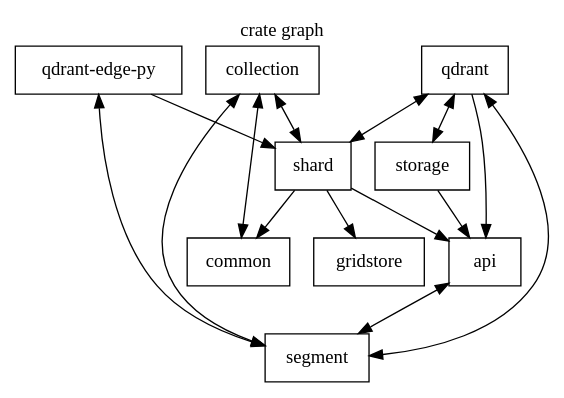
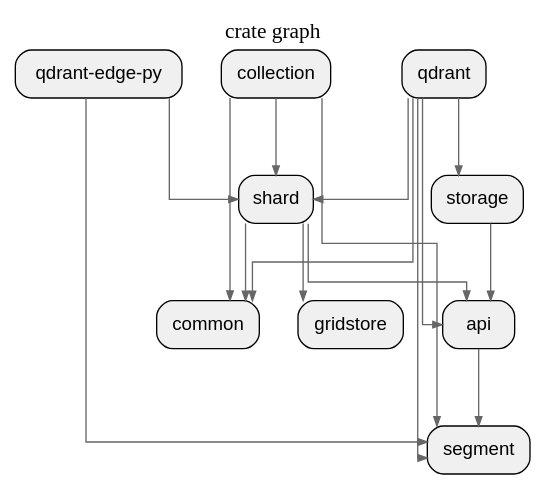
Before and after one commit to allenanswerzq/llmcc: the diagram in sample/qdrant/depth_1_crate.dot, drawn with Graphviz. The commit also changed 249 other files, not shown here.

```diff
--- a/sample/qdrant/depth_1_crate.dot
+++ b/sample/qdrant/depth_1_crate.dot
@@ -1,31 +1,42 @@
 digraph architecture {
-  node [shape=box];
+  // Layout settings
+  rankdir=TB;
+  ranksep=0.8;
+  nodesep=0.4;
+  splines=ortho;
+  concentrate=true;
+
+  node [shape=box, style="rounded,filled", fillcolor="#f0f0f0", fontname="Helvetica"];
+  edge [color="#666666", arrowsize=0.7];
 
   label="crate graph";
   labelloc=t;
+  fontsize=16;
+  fontname="Helvetica Bold";
 
   crate_api[label="api"];
   crate_collection[label="collection"];
   crate_common[label="common"];
   crate_gridstore[label="gridstore"];
   crate_qdrant[label="qdrant"];
   crate_qdrant_edge_py[label="qdrant-edge-py"];
   crate_segment[label="segment"];
   crate_shard[label="shard"];
   crate_storage[label="storage"];
 
-  crate_api -> crate_segment [dir=both];
-  crate_collection -> crate_common [dir=both];
-  crate_collection -> crate_segment [dir=both];
-  crate_collection -> crate_shard [dir=both];
+  crate_api -> crate_segment;
+  crate_collection -> crate_common;
+  crate_collection -> crate_segment;
+  crate_collection -> crate_shard;
   crate_qdrant -> crate_api;
-  crate_qdrant -> crate_segment [dir=both];
-  crate_qdrant -> crate_shard [dir=both];
-  crate_qdrant -> crate_storage [dir=both];
-  crate_qdrant_edge_py -> crate_segment [dir=both];
+  crate_qdrant -> crate_common;
+  crate_qdrant -> crate_segment;
+  crate_qdrant -> crate_shard;
+  crate_qdrant -> crate_storage;
+  crate_qdrant_edge_py -> crate_segment;
   crate_qdrant_edge_py -> crate_shard;
   crate_shard -> crate_api;
   crate_shard -> crate_common;
   crate_shard -> crate_gridstore;
   crate_storage -> crate_api;
 }
```
